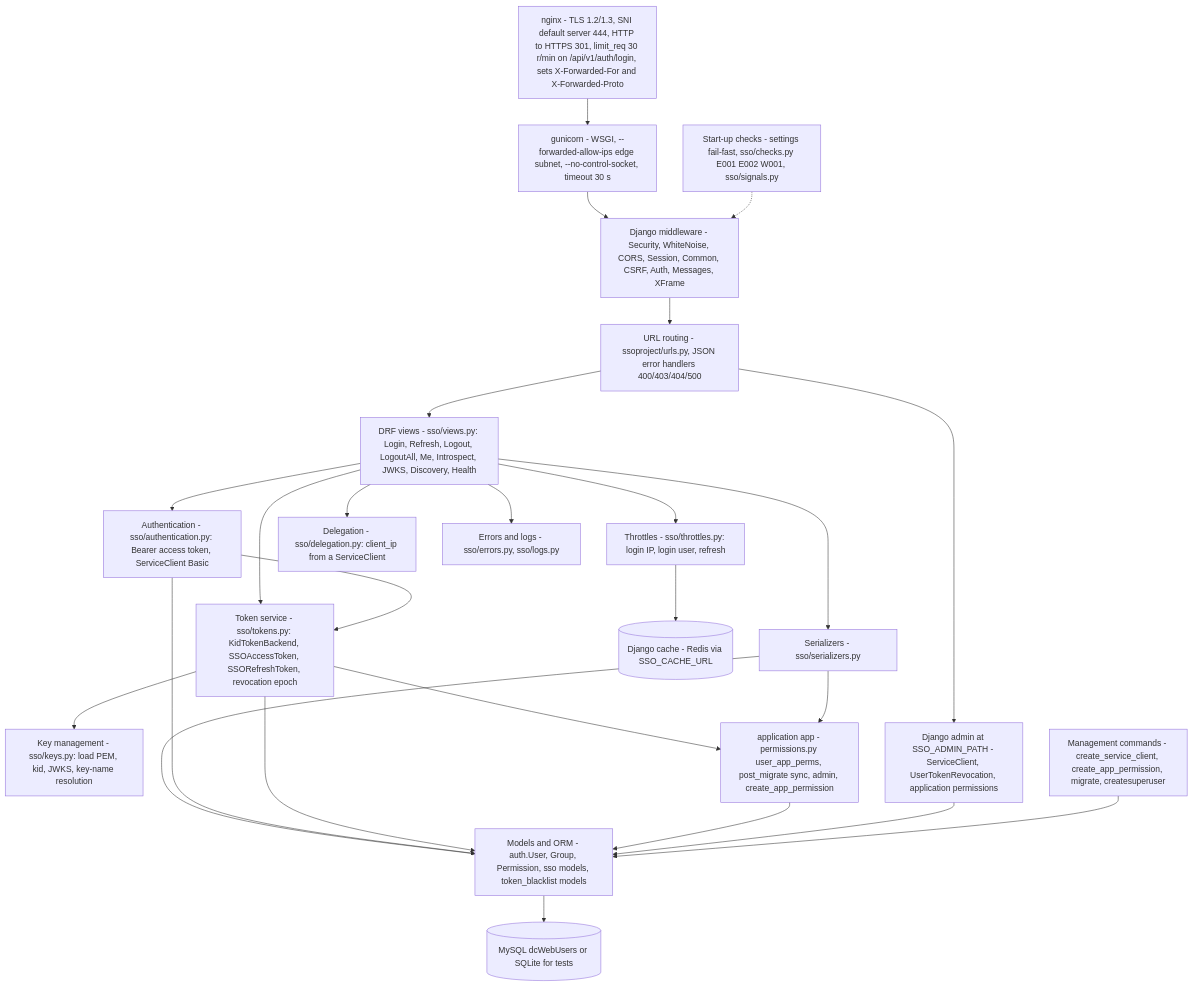
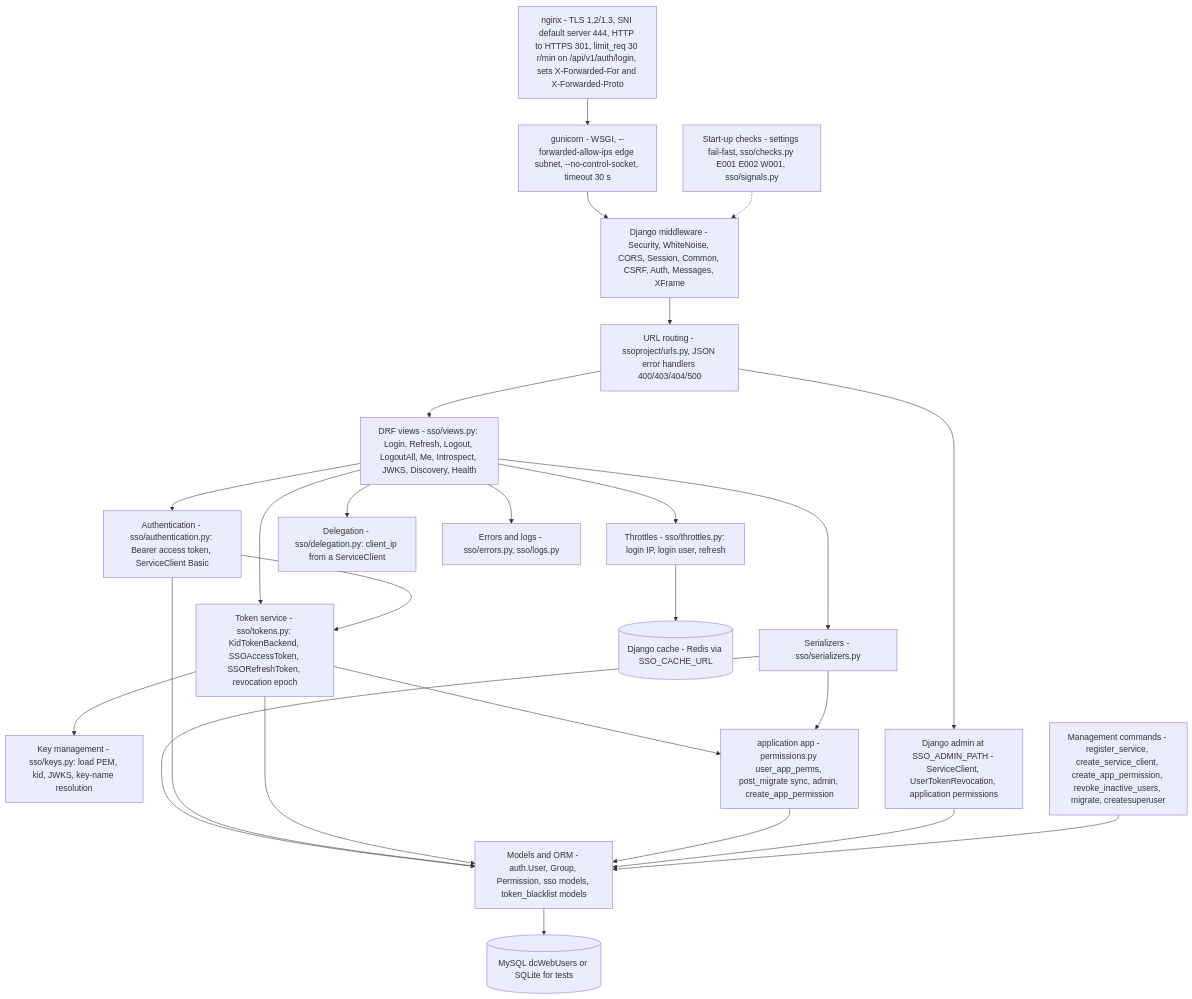
Before and after one commit to Neural-Matrix-LLC/SSO-server: the second of 33 diagrams in docs/ARCHITECTURE.md, drawn with Mermaid. The commit also changed other lines of this file and 5 other files, not shown here.

Commit message:
docs: v1.2a as built, library/proxy decisions, API manual, architecture, README

````diff
--- a/docs/ARCHITECTURE.md
+++ b/docs/ARCHITECTURE.md
@@ -123,35 +123,35 @@
 ```mermaid
 flowchart TB
   L1["nginx - TLS 1.2/1.3, SNI default server 444, HTTP to HTTPS 301, limit_req 30 r/min on /api/v1/auth/login, sets X-Forwarded-For and X-Forwarded-Proto"]
   L2["gunicorn - WSGI, --forwarded-allow-ips edge subnet, --no-control-socket, timeout 30 s"]
   L3["Django middleware - Security, WhiteNoise, CORS, Session, Common, CSRF, Auth, Messages, XFrame"]
   L4["URL routing - ssoproject/urls.py, JSON error handlers 400/403/404/500"]
   L5["DRF views - sso/views.py: Login, Refresh, Logout, LogoutAll, Me, Introspect, JWKS, Discovery, Health"]
   L6a["Serializers - sso/serializers.py"]
   L6b["Authentication - sso/authentication.py: Bearer access token, ServiceClient Basic"]
   L6c["Throttles - sso/throttles.py: login IP, login user, refresh"]
   L6d["Delegation - sso/delegation.py: client_ip from a ServiceClient"]
   L6e["Errors and logs - sso/errors.py, sso/logs.py"]
   L7["Token service - sso/tokens.py: KidTokenBackend, SSOAccessToken, SSORefreshToken, revocation epoch"]
   L8["Key management - sso/keys.py: load PEM, kid, JWKS, key-name resolution"]
   L9["Models and ORM - auth.User, Group, Permission, sso models, token_blacklist models"]
   L10[("MySQL dcWebUsers or SQLite for tests")]
   CACHE[("Django cache - Redis via SSO_CACHE_URL")]
   APP["application app - permissions.py user_app_perms, post_migrate sync, admin, create_app_permission"]
   ADM["Django admin at SSO_ADMIN_PATH - ServiceClient, UserTokenRevocation, application permissions"]
-  CMD["Management commands - create_service_client, create_app_permission, migrate, createsuperuser"]
+  CMD["Management commands - register_service, create_service_client, create_app_permission, revoke_inactive_users, migrate, createsuperuser"]
   CHK["Start-up checks - settings fail-fast, sso/checks.py E001 E002 W001, sso/signals.py"]
 
   L1 --> L2 --> L3 --> L4 --> L5
   L5 --> L6a & L6b & L6c & L6d & L6e
   L6c --> CACHE
   L5 --> L7 --> L8
   L6b --> L7
   L7 --> APP
   L6a --> APP
   L6a & L6b & L7 & APP --> L9 --> L10
   ADM --> L9
   CMD --> L9
   L4 --> ADM
   CHK -.-> L3
 ```
````
